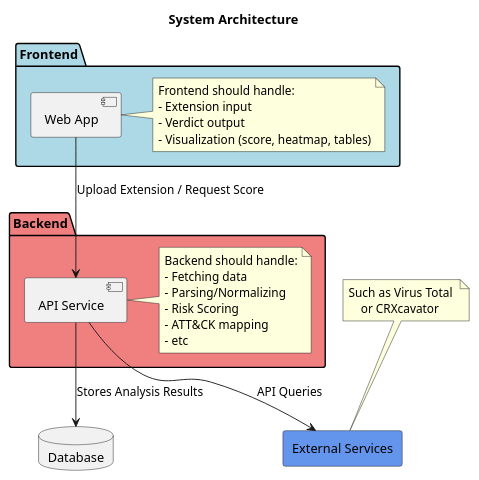
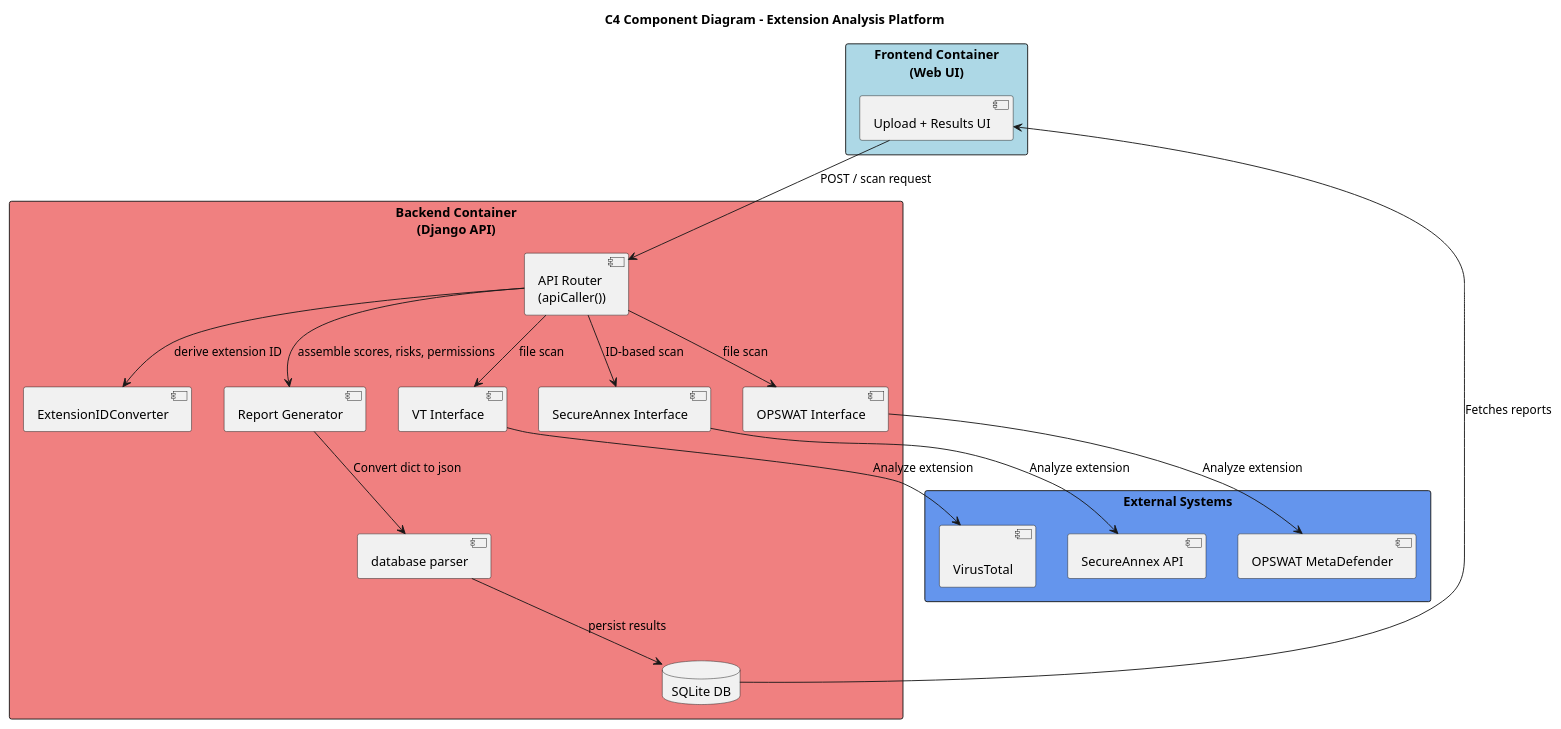
One commit to kevanoovitch/DV1512-CETRA-Codebase changed the diagram in docs/uml/architecture.puml. Above: the diagram before and after it, drawn with PlantUML. The commit also changed 1 other file, not shown here.

Commit message:
updated architecture diagram

```diff
--- a/docs/uml/architecture.puml
+++ b/docs/uml/architecture.puml
@@ -1,43 +1,47 @@
 @startuml
-title System Architecture
+title C4 Component Diagram - Extension Analysis Platform
 
- 
+skinparam backgroundColor White
+skinparam componentStyle uml2
 
-' Define components
-package "Frontend" #LightBlue {
-    [Web App] as frontend
-    note right of frontend
-    Frontend should handle:
-    - Extension input
-    - Verdict output
-    - Visualization (score, heatmap, tables)
-    end note
-
+rectangle "Frontend Container\n(Web UI)" as frontend #LightBlue {
+  component "Upload + Results UI" as ui
 }
 
-package "Backend" #LightCoral {
-    [API Service] as backend
-    note right of backend
-    Backend should handle:
-    - Fetching data 
-    - Parsing/Normalizing
-    - Risk Scoring
-    - ATT&CK mapping
-    - etc
-    end note
+rectangle "Backend Container\n(Django API)" as backend #LightCoral {
+  component "API Router\n(apiCaller())" as api
+  component "ExtensionIDConverter" as converter
+  component "Report Generator" as report
+  component "VT Interface" as vt
+  component "SecureAnnex Interface" as sa
+  component "OPSWAT Interface" as opswat
+  component "database parser" as db_mod
+  database "SQLite DB" as db
 }
 
-database "Database" as db
+rectangle "External Systems" as externals #CornflowerBlue {
+  component "\nVirusTotal" as vt_ext
+  component "SecureAnnex API" as sa_ext
+  component "OPSWAT MetaDefender" as ops_ext
+}
 
-rectangle "External Services"  as external #CornflowerBlue 
-note top of external
-Such as Virus Total 
-    or CRXcavator
-end note
+' Relationships (C4 semantics)
+ui --> api : POST / scan request
 
-' Relations
-frontend --> backend : Upload Extension / Request Score
-backend --> db : Stores Analysis Results
-backend --> external : API Queries
+api --> converter : derive extension ID
+api --> vt : file scan
+api --> sa : ID-based scan
+api --> opswat : file scan
+api --> report : assemble scores, risks, permissions
+
+vt --> vt_ext : Analyze extension
+sa --> sa_ext : Analyze extension
+opswat --> ops_ext : Analyze extension
+
+report --> db_mod : Convert dict to json
+db_mod --> db : persist results
+
+ui <-- db : Fetches reports
+
 
 @enduml
```
